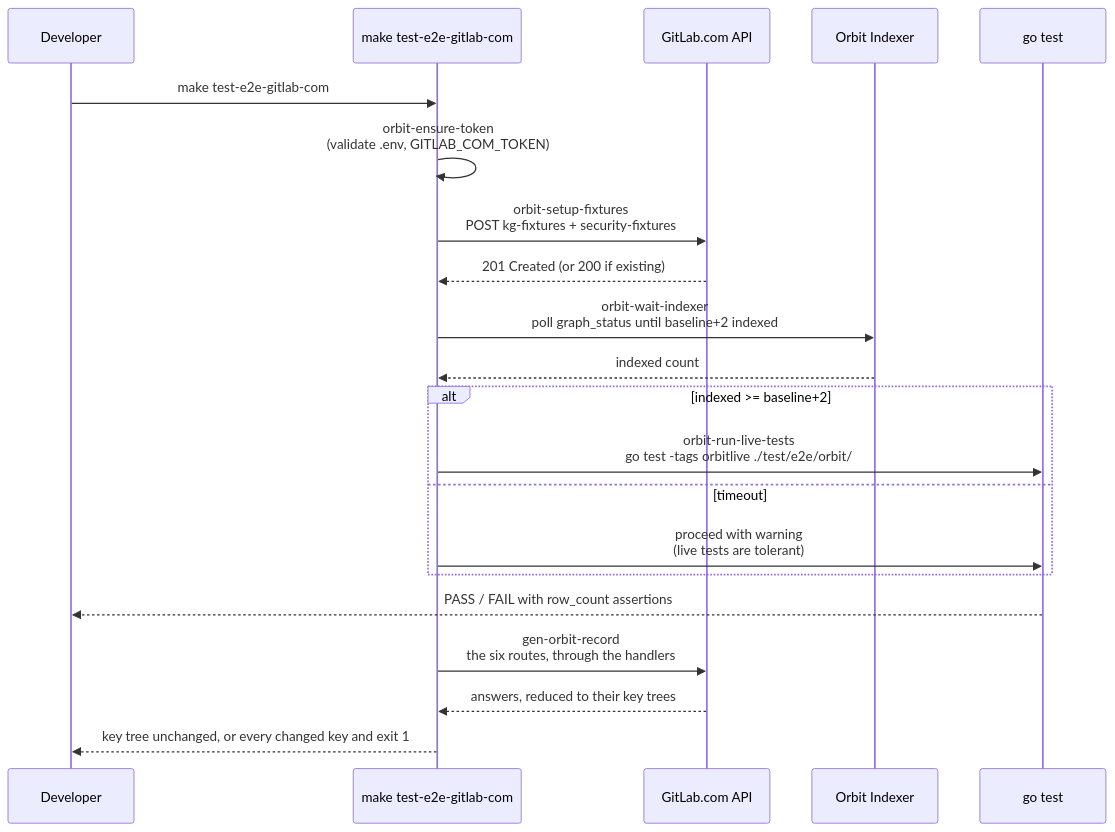
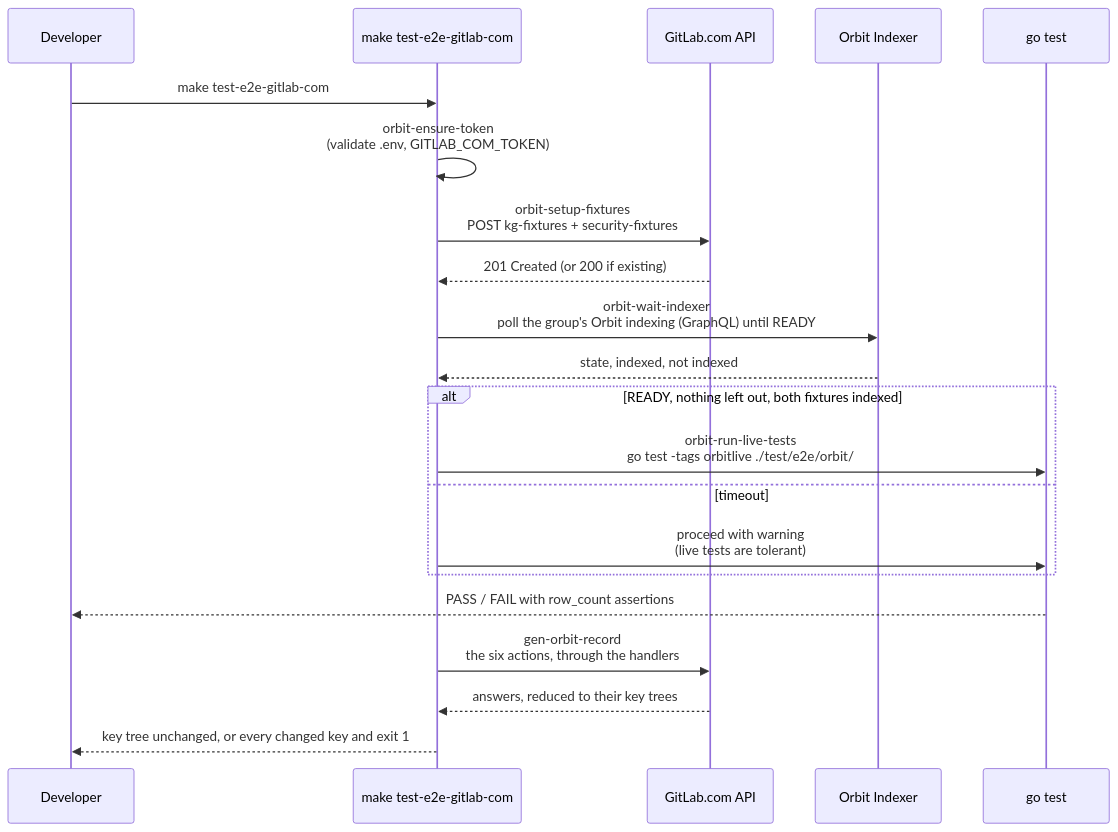
The second of 2 diagrams in docs/development/orbit-fixtures.md (jmrplens/gitlab-mcp-server), drawn with Mermaid before and after one commit. The commit also changed other lines of this file and 7 other files, not shown here.

````diff
--- a/docs/development/orbit-fixtures.md
+++ b/docs/development/orbit-fixtures.md
@@ -295,24 +317,24 @@
 ```mermaid
 sequenceDiagram
     participant Dev as Developer
     participant Make as make test-e2e-gitlab-com
     participant GL as GitLab.com API
     participant IDX as Orbit Indexer
     participant Go as go test
 
     Dev->>Make: make test-e2e-gitlab-com
     Make->>Make: orbit-ensure-token<br/>(validate .env, GITLAB_COM_TOKEN)
     Make->>GL: orbit-setup-fixtures<br/>POST kg-fixtures + security-fixtures
     GL-->>Make: 201 Created (or 200 if existing)
-    Make->>IDX: orbit-wait-indexer<br/>poll graph_status until baseline+2 indexed
-    IDX-->>Make: indexed count
-    alt indexed >= baseline+2
+    Make->>IDX: orbit-wait-indexer<br/>poll the group's Orbit indexing (GraphQL) until READY
+    IDX-->>Make: state, indexed, not indexed
+    alt READY, nothing left out, both fixtures indexed
         Make->>Go: orbit-run-live-tests<br/>go test -tags orbitlive ./test/e2e/orbit/
     else timeout
         Make->>Go: proceed with warning<br/>(live tests are tolerant)
     end
     Go-->>Dev: PASS / FAIL with row_count assertions
-    Make->>GL: gen-orbit-record<br/>the six routes, through the handlers
+    Make->>GL: gen-orbit-record<br/>the six actions, through the handlers
     GL-->>Make: answers, reduced to their key trees
     Make-->>Dev: key tree unchanged, or every changed key and exit 1
 ```
````
